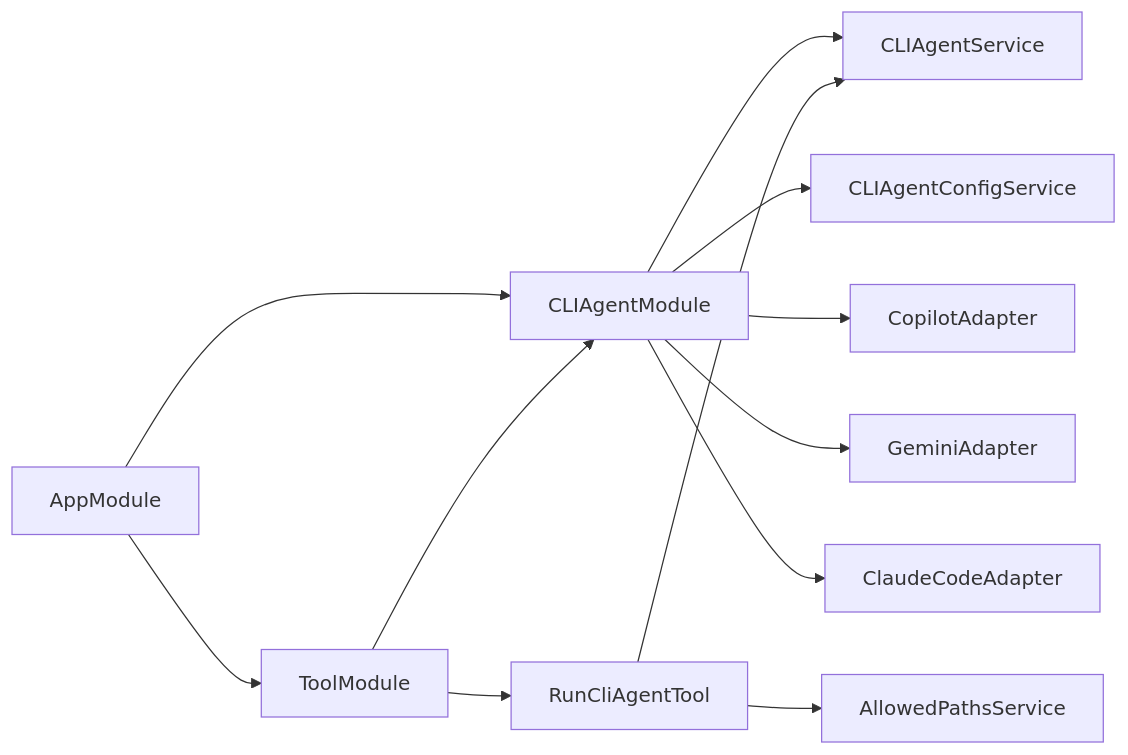
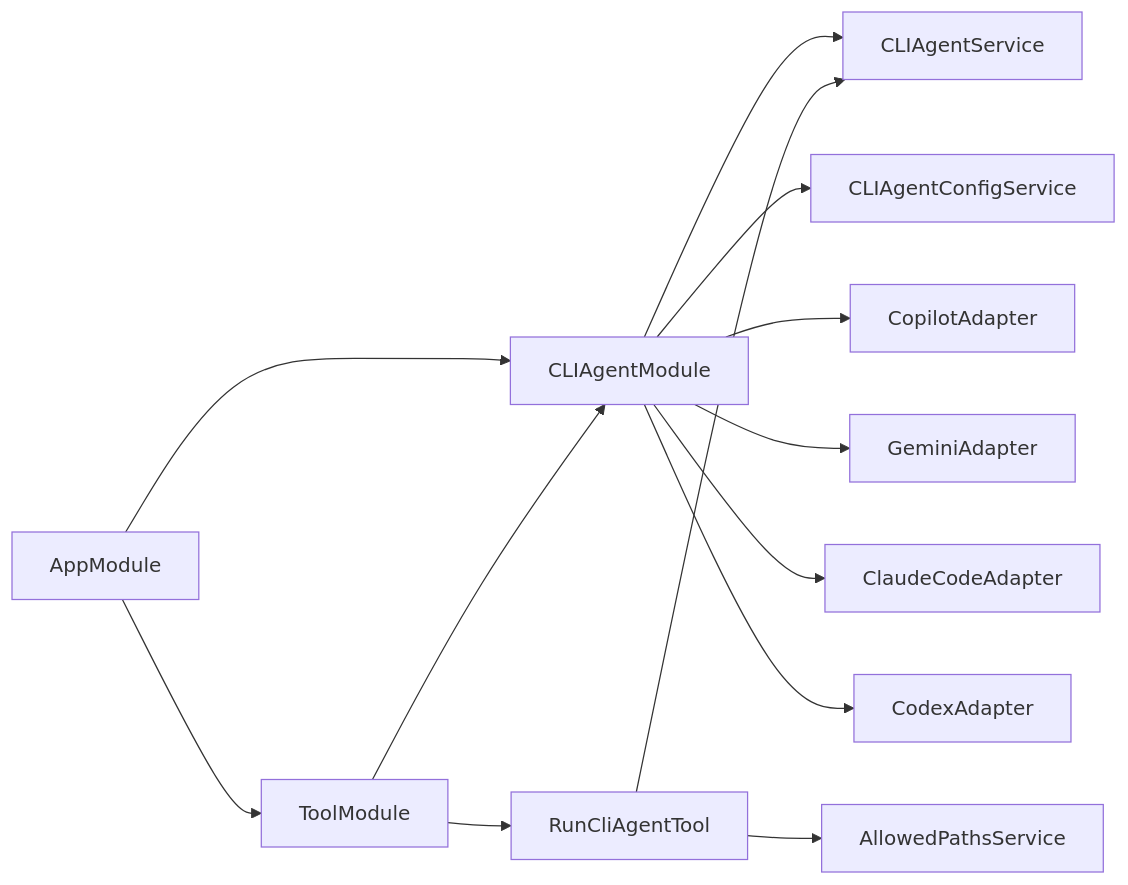
The second of 2 diagrams in docs/cli-agent-module-architecture.md (Radomiej/kalio-forever), drawn with Mermaid before and after one commit. The commit also changed other lines of this file and 283 other files, not shown here.

````diff
--- a/docs/cli-agent-module-architecture.md
+++ b/docs/cli-agent-module-architecture.md
@@ -114,14 +115,15 @@
 ```mermaid
 flowchart LR
     AppModule --> CLIAgentModule
     AppModule --> ToolModule
     ToolModule --> CLIAgentModule
     CLIAgentModule --> CLIAgentService
     CLIAgentModule --> CLIAgentConfigService
     CLIAgentModule --> CopilotAdapter
     CLIAgentModule --> GeminiAdapter
     CLIAgentModule --> ClaudeCodeAdapter
+    CLIAgentModule --> CodexAdapter
     ToolModule --> RunCliAgentTool
     RunCliAgentTool --> CLIAgentService
     RunCliAgentTool --> AllowedPathsService
 ```
````
